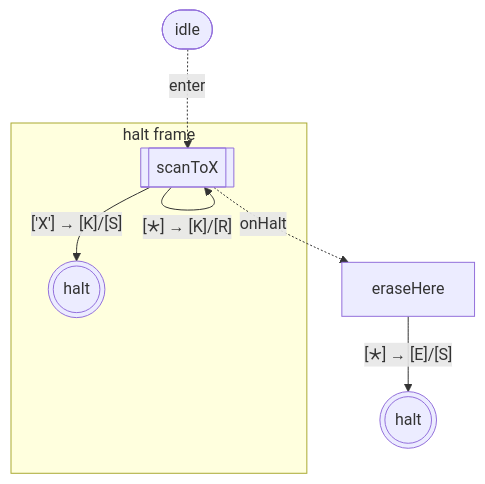
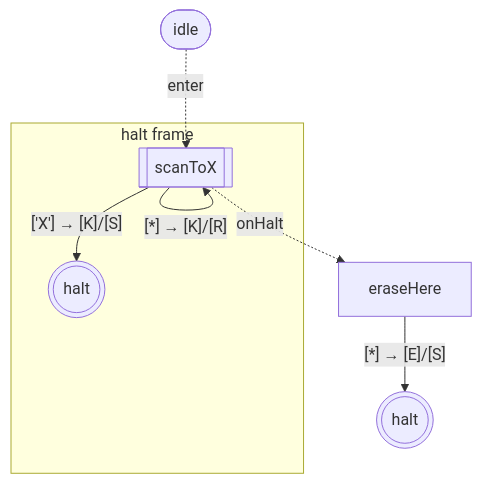
Before and after one commit to mellonis/turing-machine-js: the fifth of 6 diagrams in packages/machine/README.md, drawn with Mermaid. The commit also changed other lines of this file and 9 other files, not shown here.

````diff
--- a/packages/machine/README.md
+++ b/packages/machine/README.md
@@ -396,16 +396,16 @@
 ```mermaid
 flowchart TD
 %% alphabets: [[" ","a","b","X"]]
   s0(((halt)))
   s2["eraseHere"]
   idle([idle])
   subgraph w_3["halt frame"]
     s3[["scanToX"]]
     c3(((halt)))
   end
   idle -. enter .-> s3
-  s2 -- "[🞰] → [E]/[S]" --> s0
+  s2 -- "[*] → [E]/[S]" --> s0
   s3 -- "['X'] → [K]/[S]" --> c3
-  s3 -- "[🞰] → [K]/[R]" --> s3
+  s3 -- "[*] → [K]/[R]" --> s3
   s3 -. onHalt .-> s2
 ```
````
